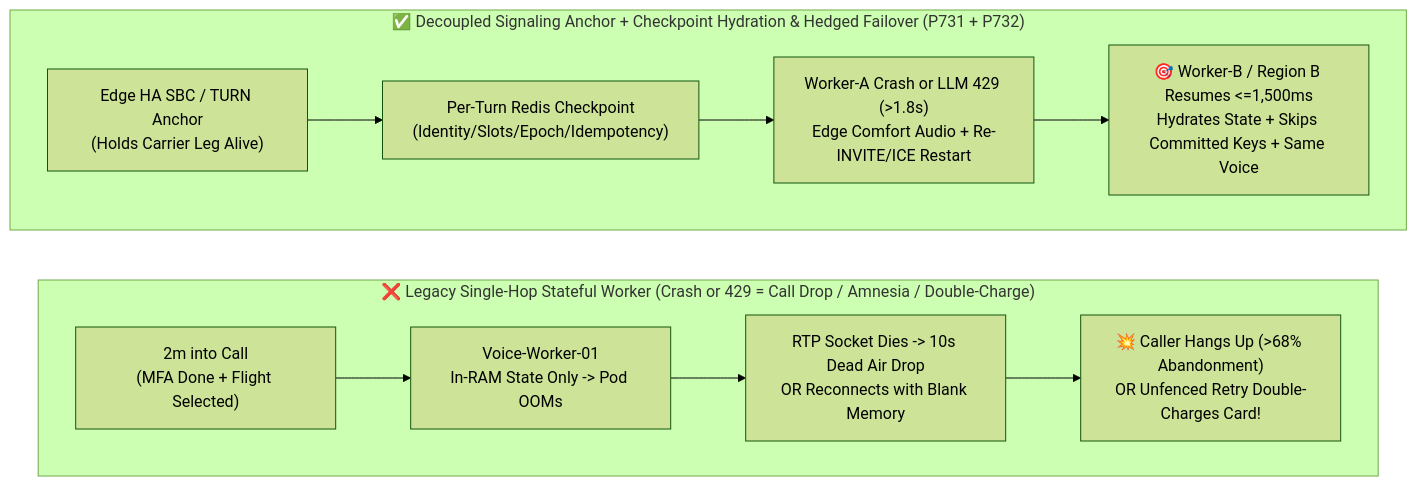
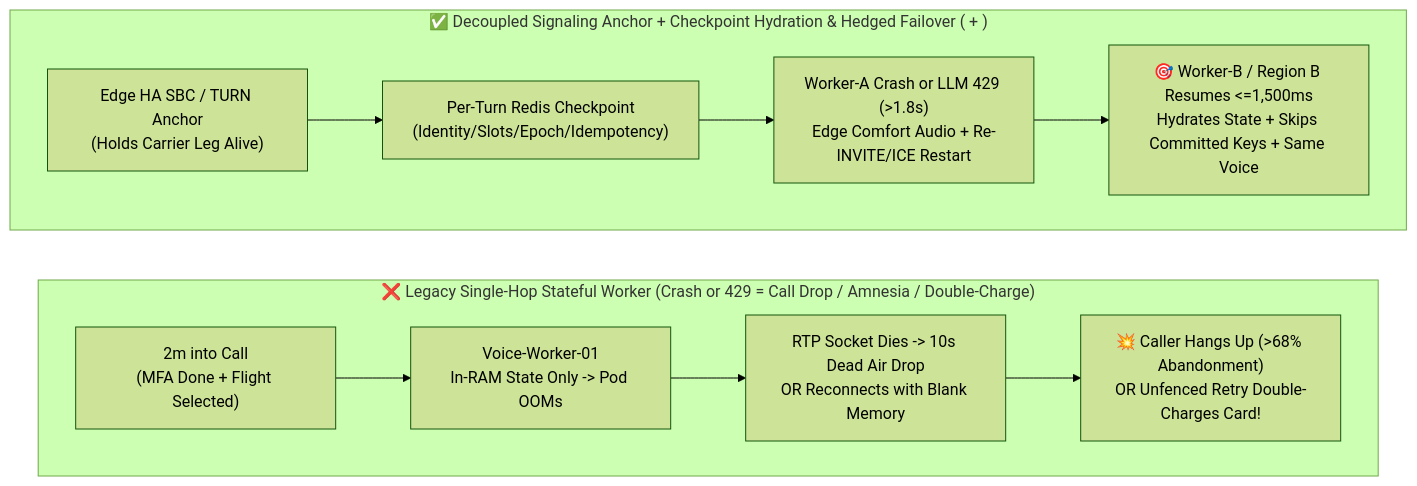
Before and after one commit to turbo998/voice-agent-lab: the second of 3 diagrams in docs/voice-midcall-failover-session-recovery-faq.en.md, drawn with Mermaid (forest theme). The commit also changed other lines of this file and 715 other files, not shown here.

````diff
--- a/docs/voice-midcall-failover-session-recovery-faq.en.md
+++ b/docs/voice-midcall-failover-session-recovery-faq.en.md
@@ -95,16 +95,16 @@
 ```mermaid
 flowchart LR
-    subgraph Legacy ["❌ Legacy Single-Hop Stateful Worker (Crash or 429 = Call Drop / Amnesia / Double-Charge)"]
-        direction LR
-        L1["2m into Call\n(MFA Done + Flight Selected)"] --> L2["Voice-Worker-01\nIn-RAM State Only -> Pod OOMs"]
-        L2 --> L3["RTP Socket Dies -> 10s Dead Air Drop\nOR Reconnects with Blank Memory"]
-        L3 --> L4["💥 Caller Hangs Up (>68% Abandonment)\nOR Unfenced Retry Double-Charges Card!"]
-    end
+ subgraph Legacy ["❌ Legacy Single-Hop Stateful Worker (Crash or 429 = Call Drop / Amnesia / Double-Charge)"]
+ direction LR
+ L1["2m into Call\n(MFA Done + Flight Selected)"] --> L2["Voice-Worker-01\nIn-RAM State Only -> Pod OOMs"]
+ L2 --> L3["RTP Socket Dies -> 10s Dead Air Drop\nOR Reconnects with Blank Memory"]
+ L3 --> L4["💥 Caller Hangs Up (>68% Abandonment)\nOR Unfenced Retry Double-Charges Card!"]
+ end
 
-    subgraph Engineered ["✅ Decoupled Signaling Anchor + Checkpoint Hydration & Hedged Failover (P731 + P732)"]
-        direction LR
-        E1["Edge HA SBC / TURN Anchor\n(Holds Carrier Leg Alive)"] --> E2["Per-Turn Redis Checkpoint\n(Identity/Slots/Epoch/Idempotency)"]
-        E2 --> E3["Worker-A Crash or LLM 429 (>1.8s)\nEdge Comfort Audio + Re-INVITE/ICE Restart"]
-        E3 --> E4["🎯 Worker-B / Region B Resumes <=1,500ms\nHydrates State + Skips Committed Keys + Same Voice"]
-    end
+ subgraph Engineered ["✅ Decoupled Signaling Anchor + Checkpoint Hydration & Hedged Failover ( + )"]
+ direction LR
+ E1["Edge HA SBC / TURN Anchor\n(Holds Carrier Leg Alive)"] --> E2["Per-Turn Redis Checkpoint\n(Identity/Slots/Epoch/Idempotency)"]
+ E2 --> E3["Worker-A Crash or LLM 429 (>1.8s)\nEdge Comfort Audio + Re-INVITE/ICE Restart"]
+ E3 --> E4["🎯 Worker-B / Region B Resumes <=1,500ms\nHydrates State + Skips Committed Keys + Same Voice"]
+ end
 ```
````
